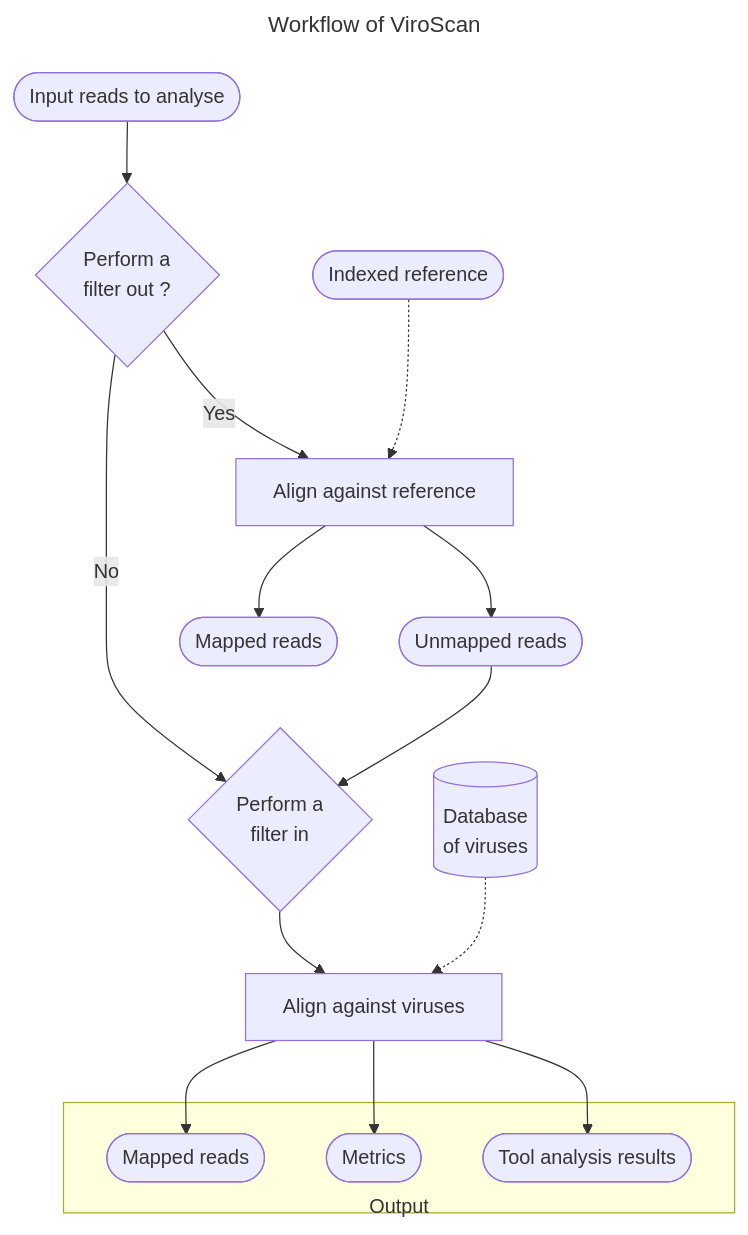
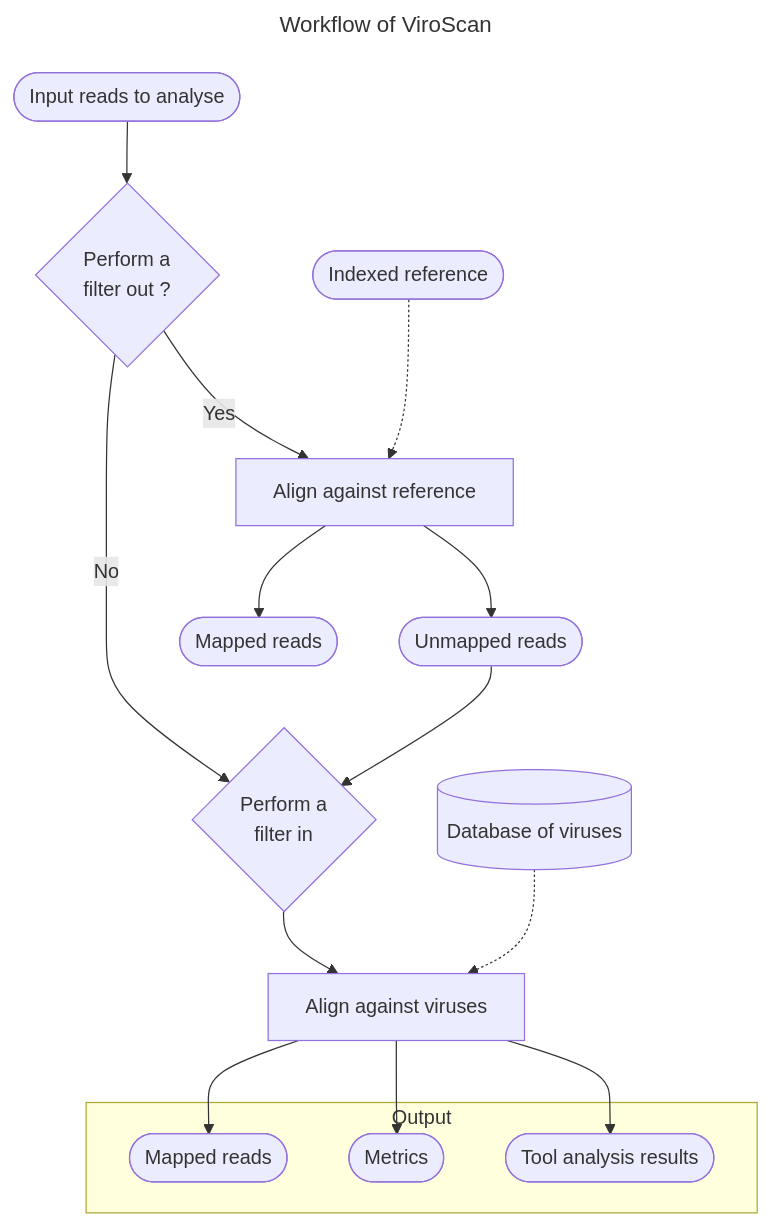
One commit to srh-bzd/ViroScan changed the diagram in README.md. Above: the diagram before and after it, drawn with Mermaid. The commit also changed other lines of this file, not shown here.

````diff
--- a/README.md
+++ b/README.md
@@ -27,23 +27,23 @@
 ```mermaid
 ---
 title: Workflow of ViroScan
 ---
 flowchart TD
     A([Input reads to analyse]) --> B{Perform a \nfilter out ?};
     B -- No --> F{Perform a \nfilter in};
     B -- Yes --> C[Align against reference];
     D([Indexed reference]) -.-> C;
     C --> K([Mapped reads]);
     C --> E([Unmapped reads]);
     E --> F;
     F --> G[Align against viruses];
-    H[(Database \nof viruses)] -.-> G;
+    H[(Database of viruses)] -.-> G;
     G --> I([Mapped reads\n]);
     G --> L([Metrics]);
     G --> M([Tool analysis results]);
-    subgraph identifier["\n\n\nOutput"]
+    subgraph identifier["Output"]
     I;
     L;
     M; 
     end
 ```
````
